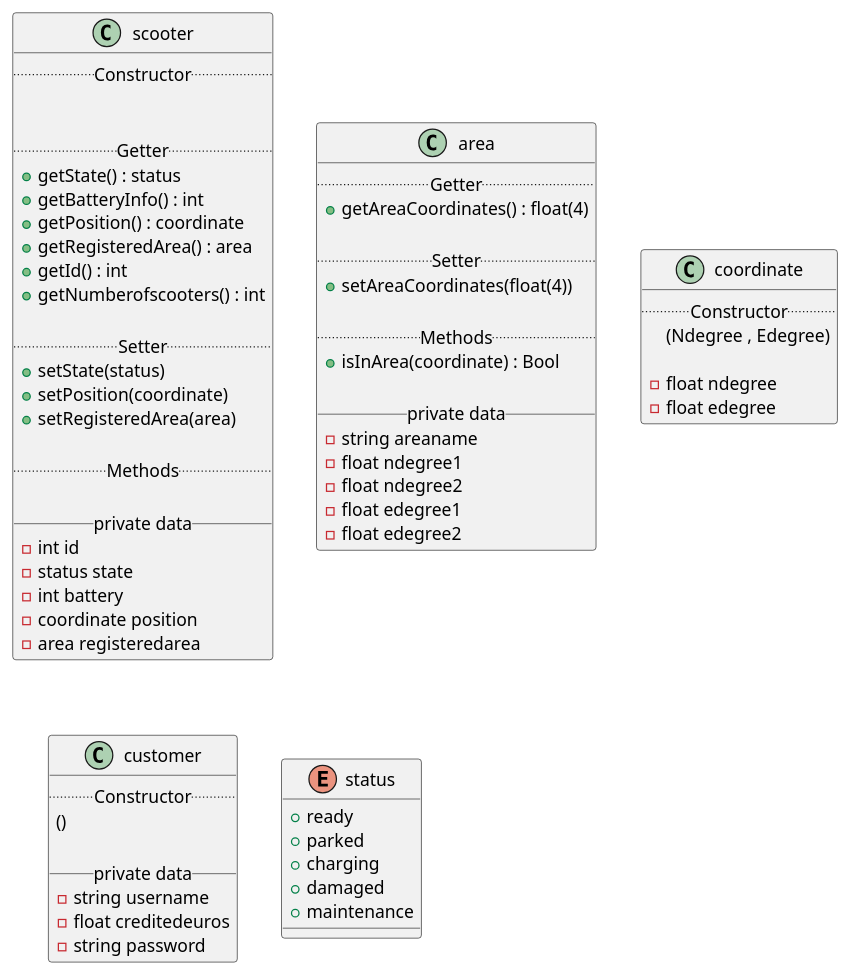
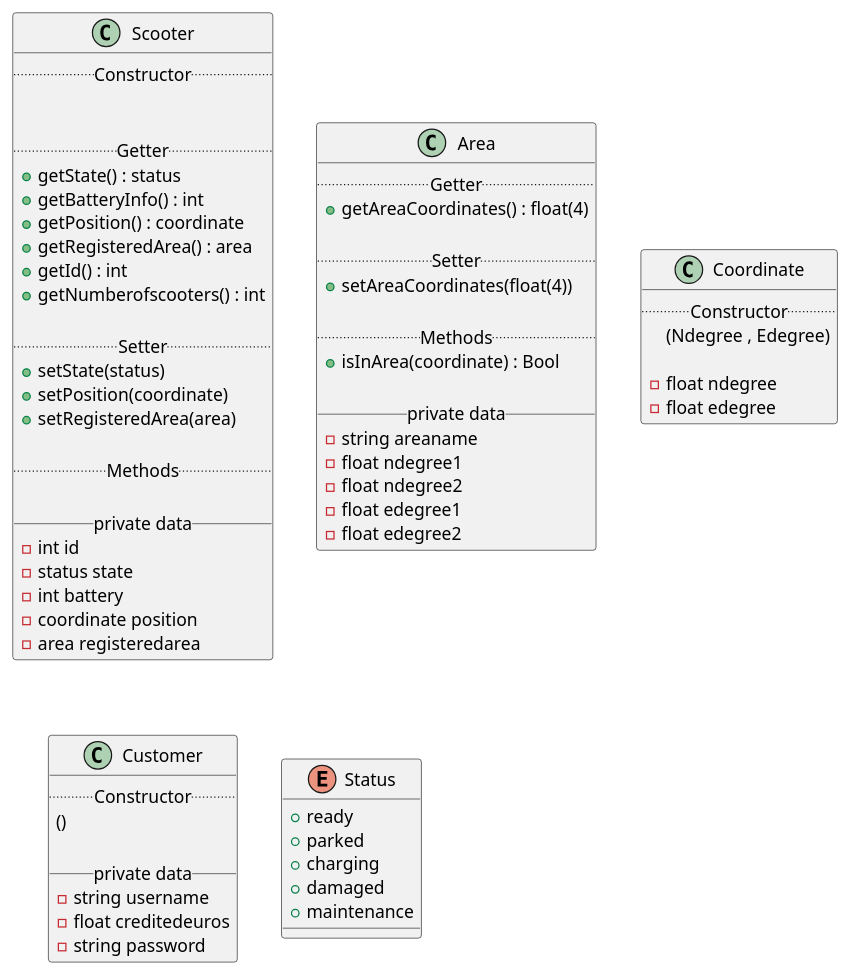
Before and after one commit to fh-erfurt/Scooter-MS: the diagram in umldiagram.iuml, drawn with PlantUML. The commit also changed 2 other files, not shown here.

Commit message:
updated UML and added Customer class

```diff
--- a/umldiagram.iuml
+++ b/umldiagram.iuml
@@ -1,91 +1,91 @@
 @startuml
 
 
 
 
 
 skinparam componentStyle uml2
 
 
 
-class scooter {
+class Scooter {
   .. Constructor ..
 
 
   .. Getter ..
   + getState() : status
   + getBatteryInfo() : int
   + getPosition() : coordinate
   + getRegisteredArea() : area
   + getId() : int
   + getNumberofscooters() : int
 
   .. Setter ..
   + setState(status)
   + setPosition(coordinate)
   +setRegisteredArea(area)
 
   .. Methods ..
 
   __ private data __
   -int id
   -status state
   -int battery
   -coordinate position
   -area registeredarea
 }
 
-class area {
+class Area {
   .. Getter ..
   +getAreaCoordinates() : float(4)
 
   .. Setter ..
   +setAreaCoordinates(float(4))
 
   .. Methods ..
   +isInArea(coordinate) : Bool
 
   __ private data __
   -string areaname
   -float ndegree1
   -float ndegree2
   -float edegree1
   -float edegree2
 }
 
 
 
-class coordinate {
+class Coordinate {
   .. Constructor ..
   (Ndegree , Edegree)
 
   -float ndegree
   -float edegree
 }
 
 
-class customer {
+class Customer {
   .. Constructor ..
   ()
 
   __ private data __
   -string username
   -float creditedeuros
   -string password
 }
 
 
 
-enum status {
+enum Status {
   + ready
   + parked
   + charging
   + damaged
   + maintenance
 }
 
 
 
 
 
 @enduml
```
